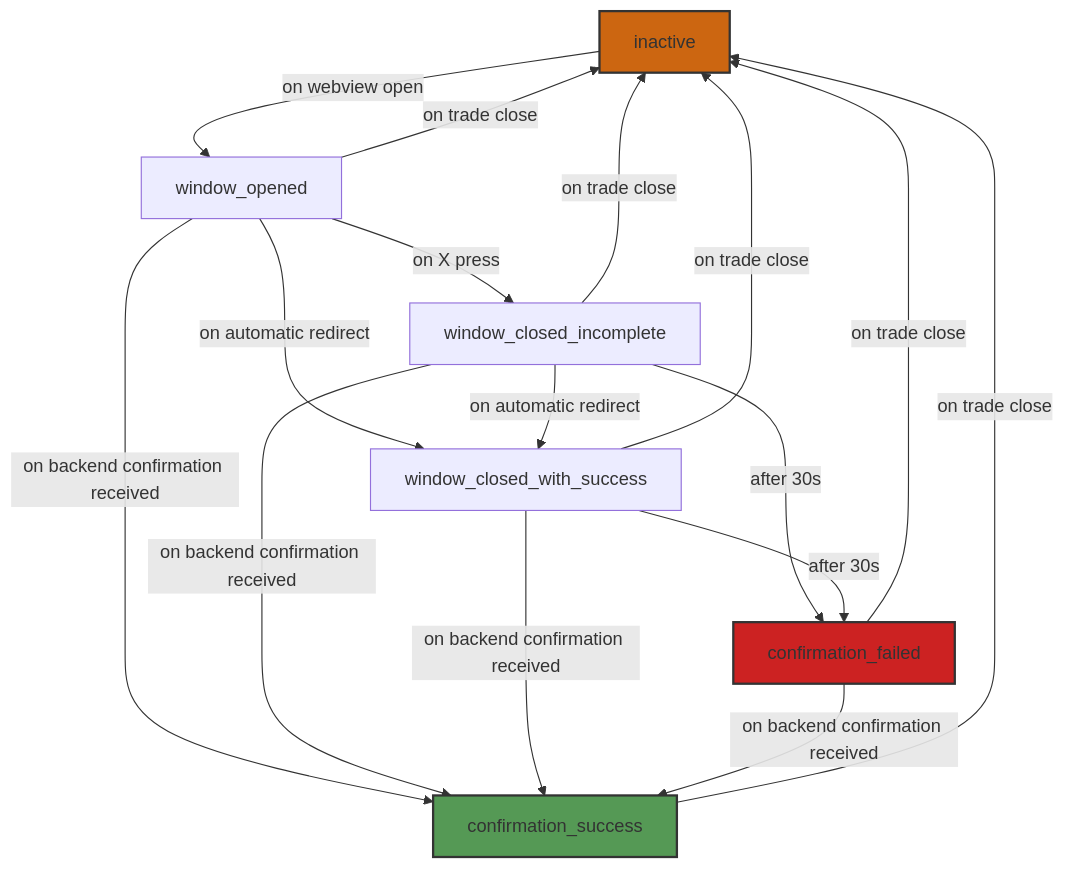
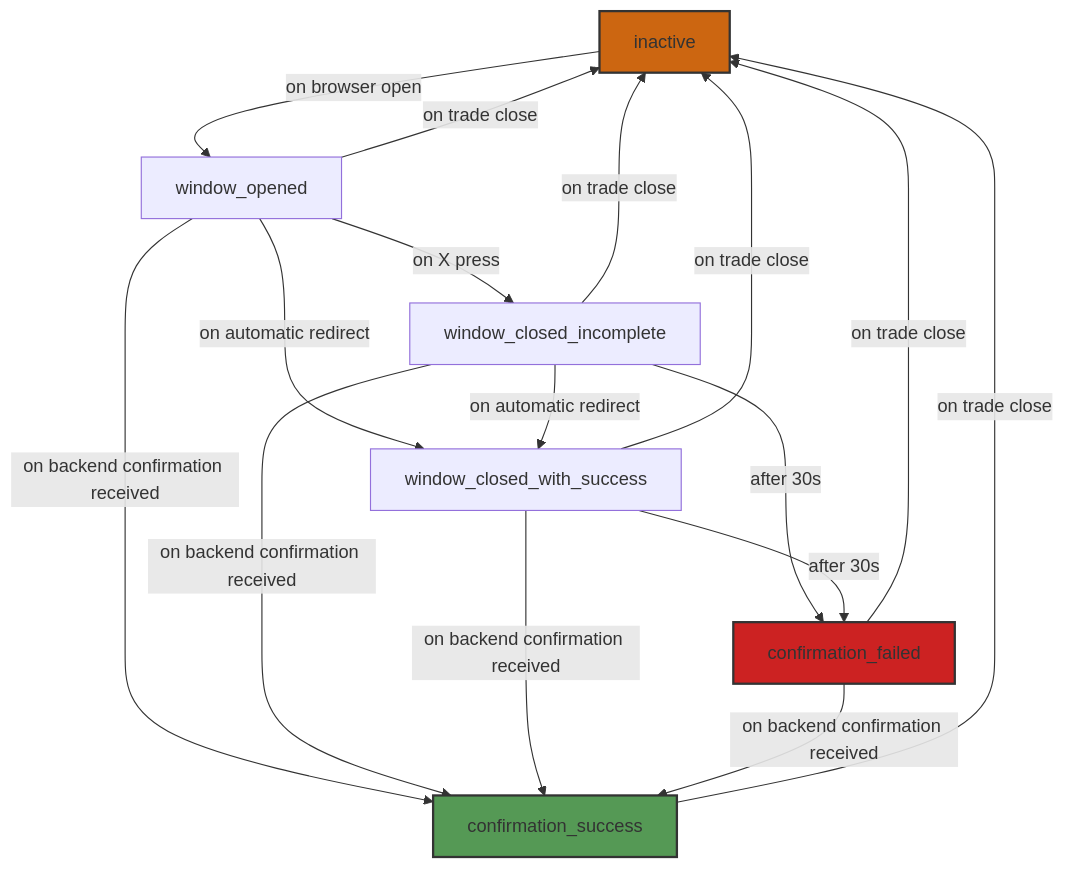
Before and after one commit to trezor/trezor-suite: the diagram in suite-native/trading-state/README.md, drawn with Mermaid. The commit also changed 11 other files, not shown here.

Commit message:
chore(suite-native): Trading: Unify naming from webview to browser

````diff
--- a/suite-native/trading-state/README.md
+++ b/suite-native/trading-state/README.md
@@ -9,30 +9,30 @@
 ```mermaid
 graph TD
-    inactive -- on webview open --> window_opened
+    inactive -- on browser open --> window_opened
 
     window_opened -- on trade close --> inactive
     window_opened -- on X press --> window_closed_incomplete
     window_opened -- on automatic redirect --> window_closed_with_success
     window_opened -- on backend confirmation received --> confirmation_success
 
     window_closed_incomplete -- on trade close --> inactive
     window_closed_incomplete -- on automatic redirect -->  window_closed_with_success
     window_closed_incomplete -- on backend confirmation received --> confirmation_success
     window_closed_incomplete -- after 30s --> confirmation_failed
 
     window_closed_with_success -- on backend confirmation received --> confirmation_success
     window_closed_with_success -- after 30s --> confirmation_failed
     window_closed_with_success -- on trade close --> inactive
 
     confirmation_failed -- on backend confirmation received --> confirmation_success
     confirmation_failed -- on trade close --> inactive
 
     confirmation_success -- on trade close --> inactive
 
     classDef initial-state fill: #c61, stroke: #333, stroke-width: 2px
     classDef fail-state fill: #c22, stroke: #333, stroke-width: 2px
     classDef success-state fill: #595, stroke: #333, stroke-width: 2px
     class inactive initial-state
     class confirmation_failed fail-state
     class confirmation_success success-state
 ```
````
